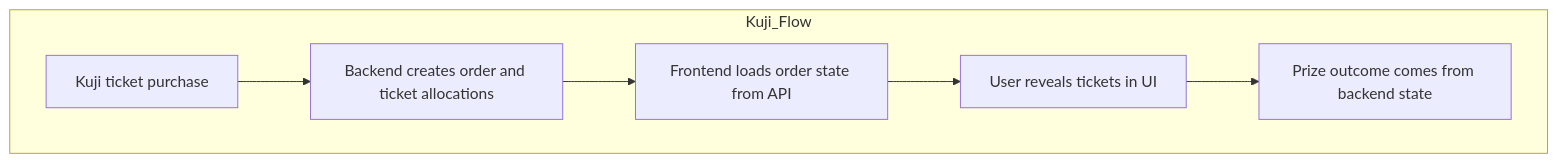
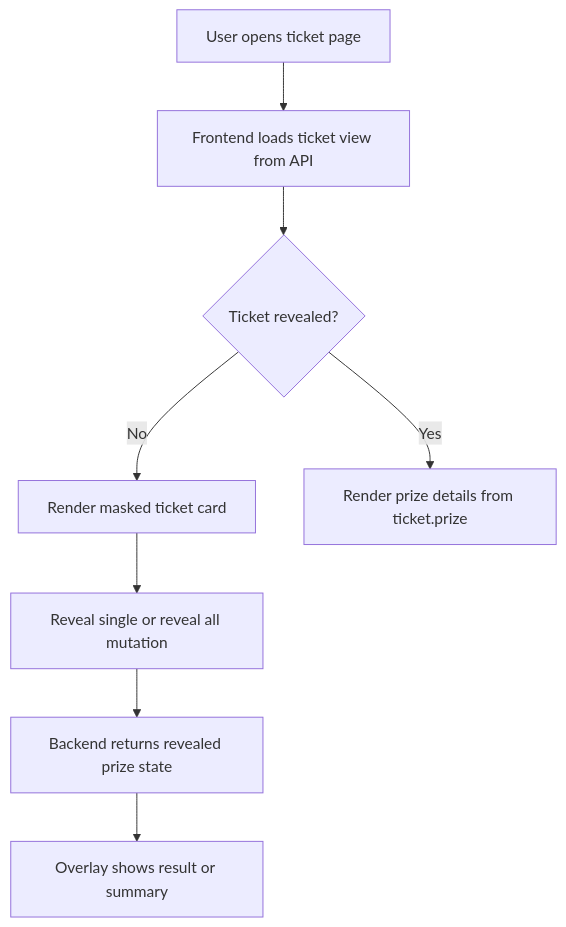
The third of 4 diagrams in README.md (LouisDev314/popbox-studio-next), drawn with Mermaid before and after one commit. The commit also changed other lines of this file, not shown here.

````diff
--- a/README.md
+++ b/README.md
@@ -144,10 +123,10 @@
 ```mermaid
 flowchart TD
-
-    subgraph Kuji_Flow
-        G[Kuji ticket purchase] --> H[Backend creates order and ticket allocations]
-        H --> I[Frontend loads order state from API]
-        I --> J[User reveals tickets in UI]
-        J --> K[Prize outcome comes from backend state]
-    end
+    A[User opens ticket page] --> B[Frontend loads ticket view from API]
+    B --> C{Ticket revealed?}
+    C -->|No| D[Render masked ticket card]
+    C -->|Yes| E[Render prize details from ticket.prize]
+    D --> F[Reveal single or reveal all mutation]
+    F --> G[Backend returns revealed prize state]
+    G --> H[Overlay shows result or summary]
 ```
````
